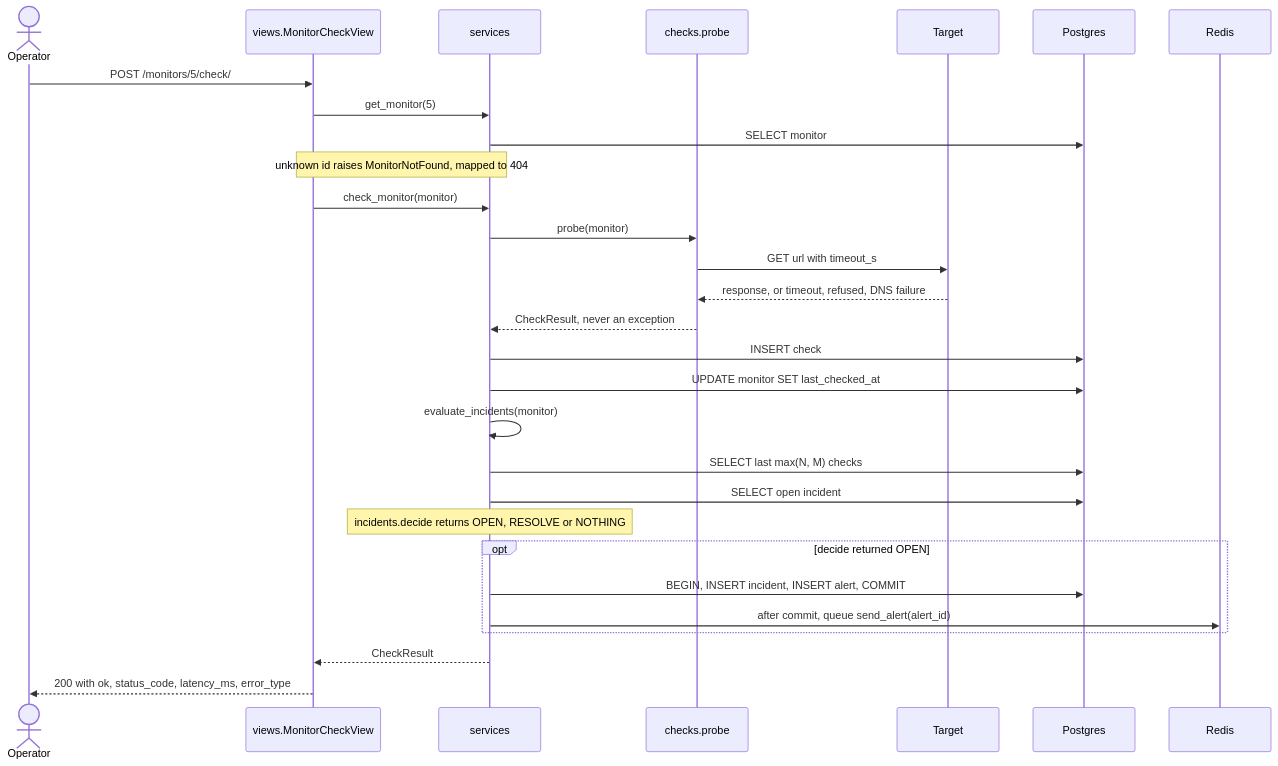
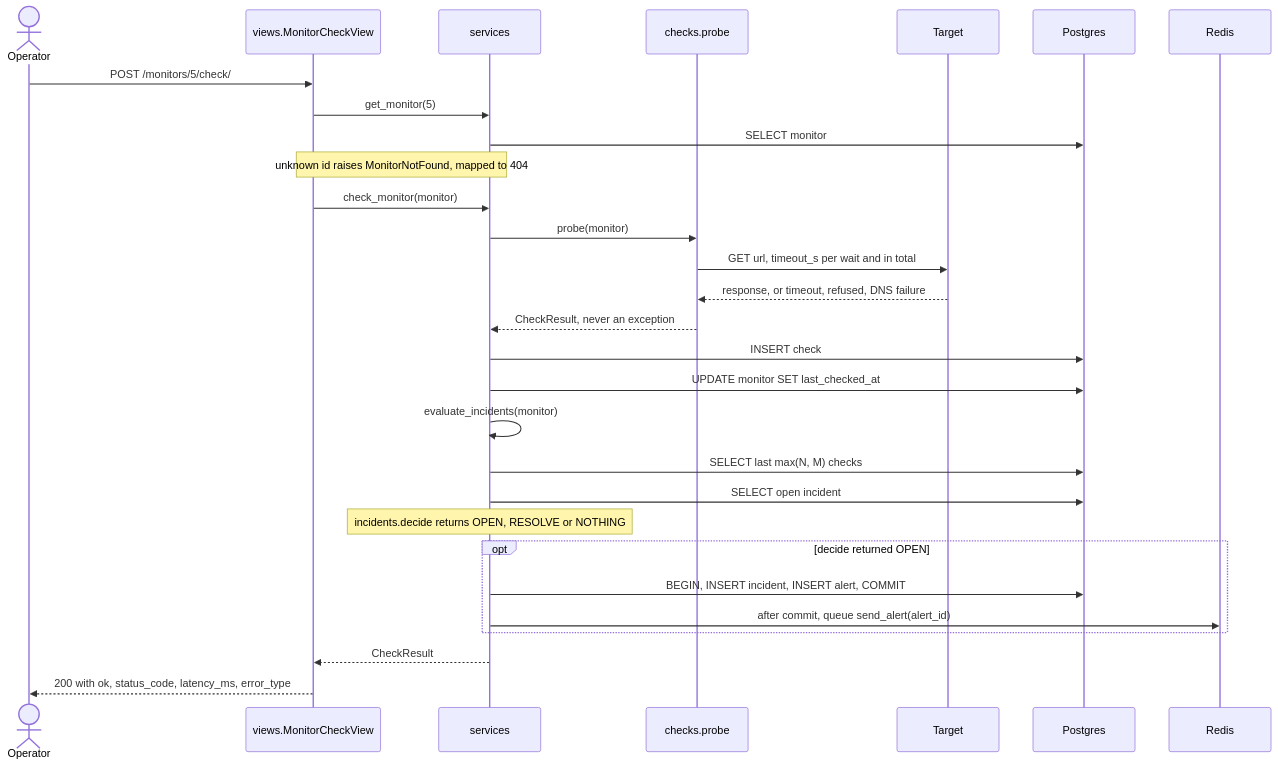
The sixth of 11 diagrams in ARCHITECTURE.md (wbaghdadi20/pulse), drawn with Mermaid before and after one commit. The commit also changed other lines of this file and 1 other file, not shown here.

First line of the commit message:
docs: write up D7 in the README and bring the architecture up to date

````diff
--- a/ARCHITECTURE.md
+++ b/ARCHITECTURE.md
@@ -261,32 +280,32 @@
 ```mermaid
 sequenceDiagram
     actor Operator
     participant V as views.MonitorCheckView
     participant S as services
     participant P as checks.probe
     participant T as Target
     participant DB as Postgres
     participant R as Redis
 
     Operator->>V: POST /monitors/5/check/
     V->>S: get_monitor(5)
     S->>DB: SELECT monitor
     Note over V,S: unknown id raises MonitorNotFound, mapped to 404
     V->>S: check_monitor(monitor)
     S->>P: probe(monitor)
-    P->>T: GET url with timeout_s
+    P->>T: GET url, timeout_s per wait and in total
     T-->>P: response, or timeout, refused, DNS failure
     P-->>S: CheckResult, never an exception
     S->>DB: INSERT check
     S->>DB: UPDATE monitor SET last_checked_at
     S->>S: evaluate_incidents(monitor)
     S->>DB: SELECT last max(N, M) checks
     S->>DB: SELECT open incident
     Note over S: incidents.decide returns OPEN, RESOLVE or NOTHING
     opt decide returned OPEN
         S->>DB: BEGIN, INSERT incident, INSERT alert, COMMIT
         S->>R: after commit, queue send_alert(alert_id)
     end
     S-->>V: CheckResult
     V-->>Operator: 200 with ok, status_code, latency_ms, error_type
 ```
````
